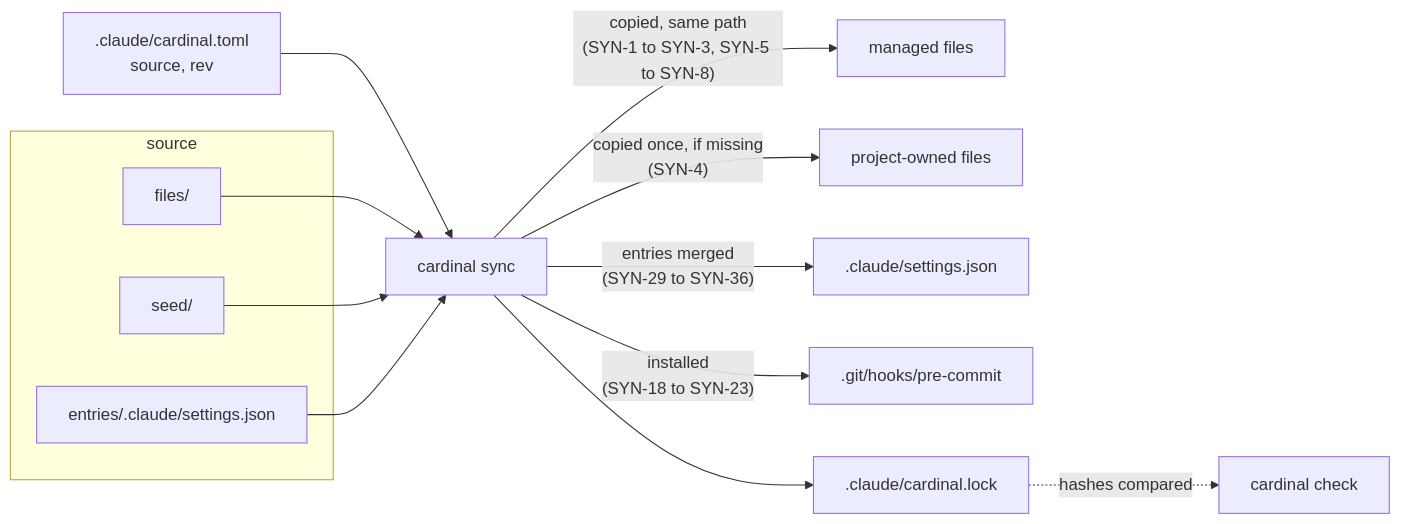
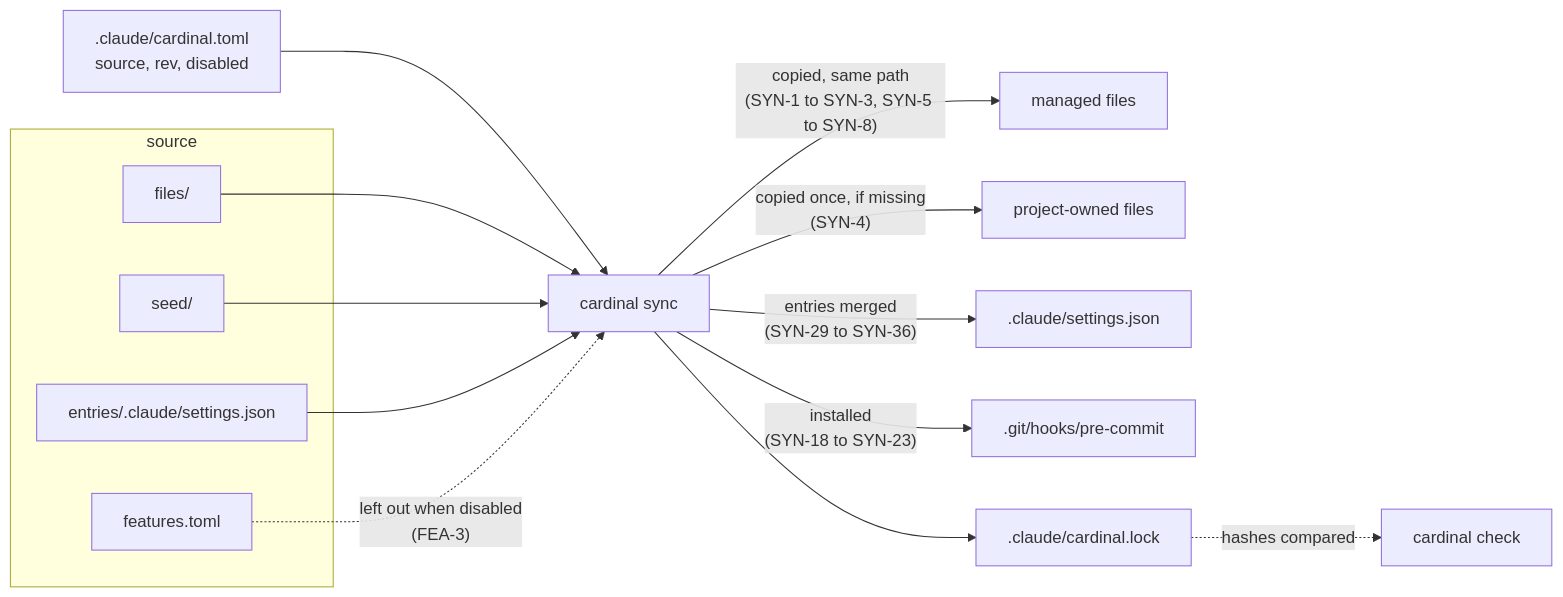
Before and after one commit to Electron-libre/cardinal: the first of 2 diagrams in docs/architecture.md, drawn with Mermaid. The commit also changed other lines of this file and 8 other files, not shown here.

First line of the commit message:
fix(sync): leave the features turned off out of update and the seeds

````diff
--- a/docs/architecture.md
+++ b/docs/architecture.md
@@ -15,18 +15,20 @@
 ```mermaid
 flowchart LR
-  toml[".claude/cardinal.toml<br/>source, rev"] --> sync["cardinal sync"]
+  toml[".claude/cardinal.toml<br/>source, rev, disabled"] --> sync["cardinal sync"]
   subgraph source
     files["files/"]
     seed["seed/"]
     entries["entries/.claude/settings.json"]
+    features["features.toml"]
   end
   files --> sync
   seed --> sync
   entries --> sync
+  features -.->|"left out when disabled<br/>(FEA-3)"| sync
   sync -->|"copied, same path<br/>(SYN-1 to SYN-3, SYN-5 to SYN-8)"| managed["managed files"]
   sync -->|"copied once, if missing<br/>(SYN-4)"| owned["project-owned files"]
   sync -->|"entries merged<br/>(SYN-29 to SYN-36)"| settings[".claude/settings.json"]
   sync -->|"installed<br/>(SYN-18 to SYN-23)"| gate[".git/hooks/pre-commit"]
   sync --> lock[".claude/cardinal.lock"]
   lock -.->|hashes compared| check["cardinal check"]
 ```
````
